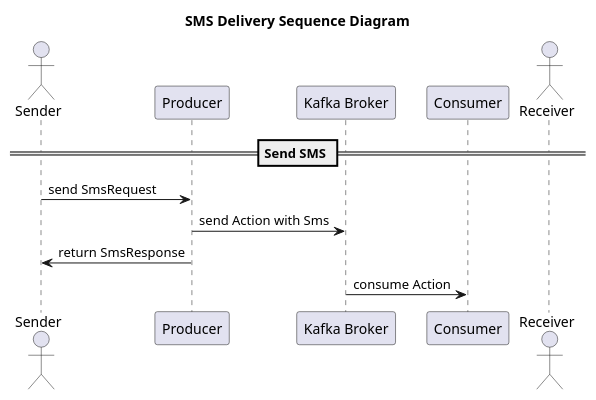
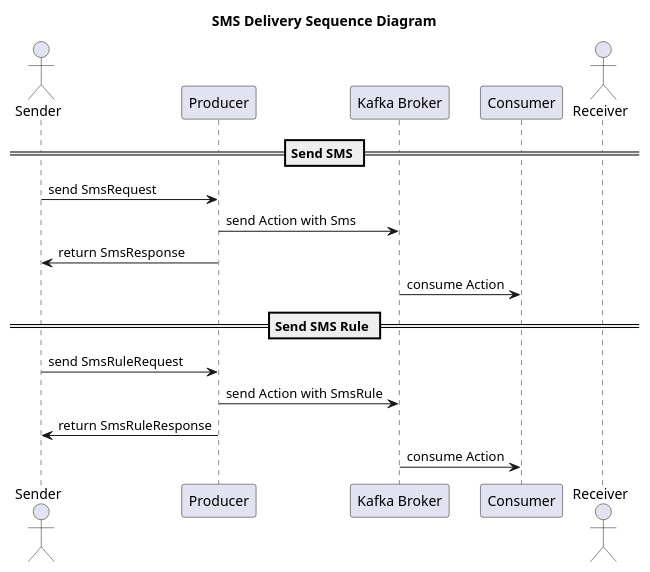
The diagram in docs/umls/sms-delivery-sequence-diagram.puml (andreoug/spring-boot-kafka-producer-consumer), drawn with PlantUML before and after one commit. The commit also changed 12 other files, not shown here.

```diff
--- a/docs/umls/sms-delivery-sequence-diagram.puml
+++ b/docs/umls/sms-delivery-sequence-diagram.puml
@@ -1,17 +1,23 @@
 @startuml
 
 title SMS Delivery Sequence Diagram
 
 actor "Sender" as S
 participant "Producer" as P
 participant "Kafka Broker" as B
 participant "Consumer" as C
 actor "Receiver" as R
 
 
 == Send SMS ==
 S -> P: send SmsRequest
 P -> B: send Action with Sms
 S <- P: return SmsResponse
 B -> C: consume Action
+
+== Send SMS Rule ==
+S -> P: send SmsRuleRequest
+P -> B: send Action with SmsRule
+S <- P: return SmsRuleResponse
+B -> C: consume Action
 @enduml
```
